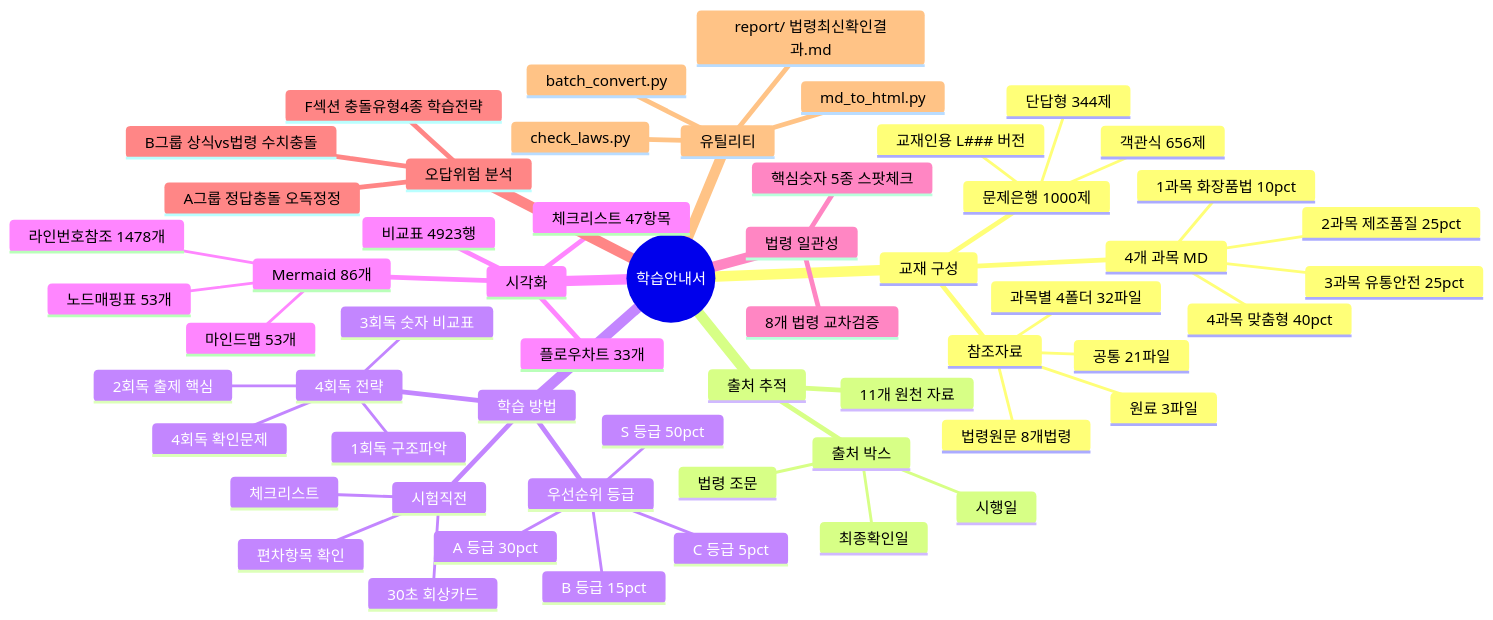
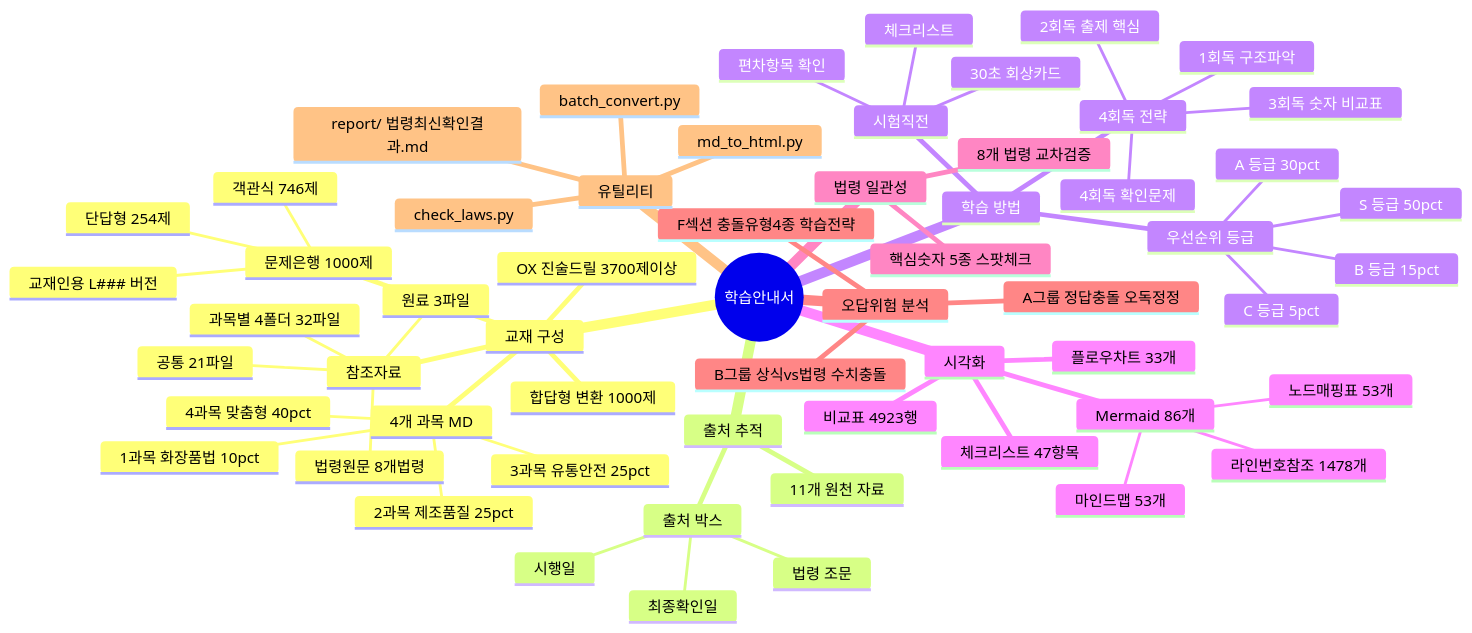
Before and after one commit to skygoldlee-cyber/Personalized_Skincare: the diagram in content/학습안내서.md, drawn with Mermaid. The commit also changed other lines of this file and 2 other files, not shown here.

````diff
--- a/content/학습안내서.md
+++ b/content/학습안내서.md
@@ -33,60 +33,62 @@
 ```mermaid
 mindmap
   root((학습안내서))
     교재 구성
       4개 과목 MD
         1과목 화장품법 10pct
         2과목 제조품질 25pct
         3과목 유통안전 25pct
         4과목 맞춤형 40pct
       문제은행 1000제
-        객관식 656제
-        단답형 344제
+        객관식 746제
+        단답형 254제
         교재인용 L### 버전
+      합답형 변환 1000제
+      OX 진술드릴 3700제이상
       참조자료
         과목별 4폴더 32파일
         공통 21파일
         원료 3파일
         법령원문 8개법령
     출처 추적
       출처 박스
         법령 조문
         시행일
         최종확인일
       11개 원천 자료
     학습 방법
       우선순위 등급
         S 등급 50pct
         A 등급 30pct
         B 등급 15pct
         C 등급 5pct
       4회독 전략
         1회독 구조파악
         2회독 출제 핵심
         3회독 숫자 비교표
         4회독 확인문제
       시험직전
         30초 회상카드
         체크리스트
         편차항목 확인
     시각화
       Mermaid 86개
         마인드맵 53개
         노드매핑표 53개
         라인번호참조 1478개
       플로우차트 33개
       비교표 4923행
       체크리스트 47항목
     법령 일관성
       8개 법령 교차검증
       핵심숫자 5종 스팟체크
     오답위험 분석
       A그룹 정답충돌 오독정정
       B그룹 상식vs법령 수치충돌
       F섹션 충돌유형4종 학습전략
     유틸리티
       md_to_html.py
       batch_convert.py
       check_laws.py
       report/ 법령최신확인결과.md
 ```
````
